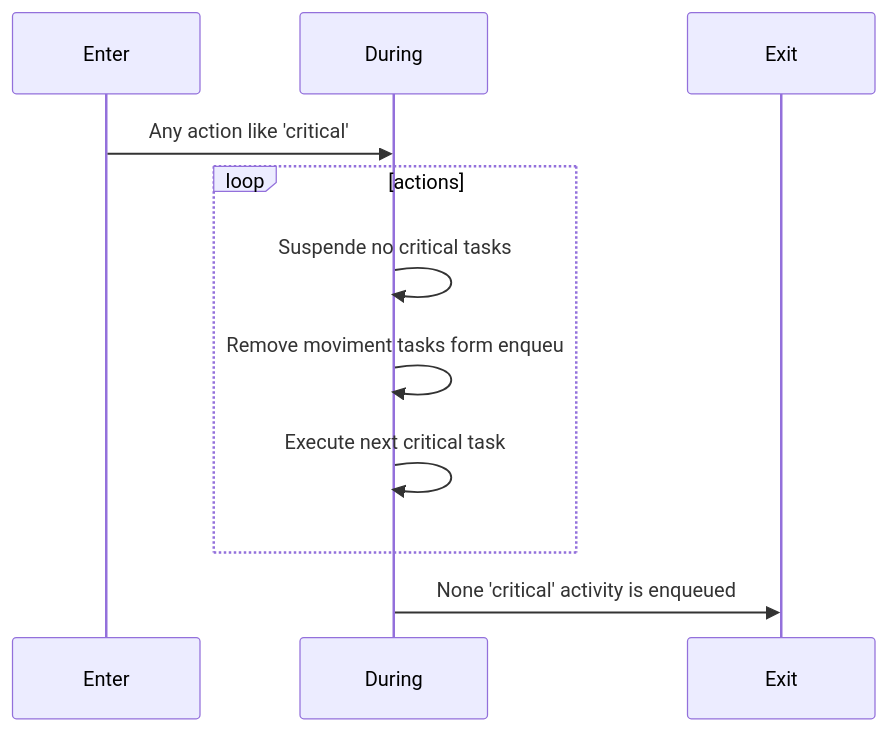
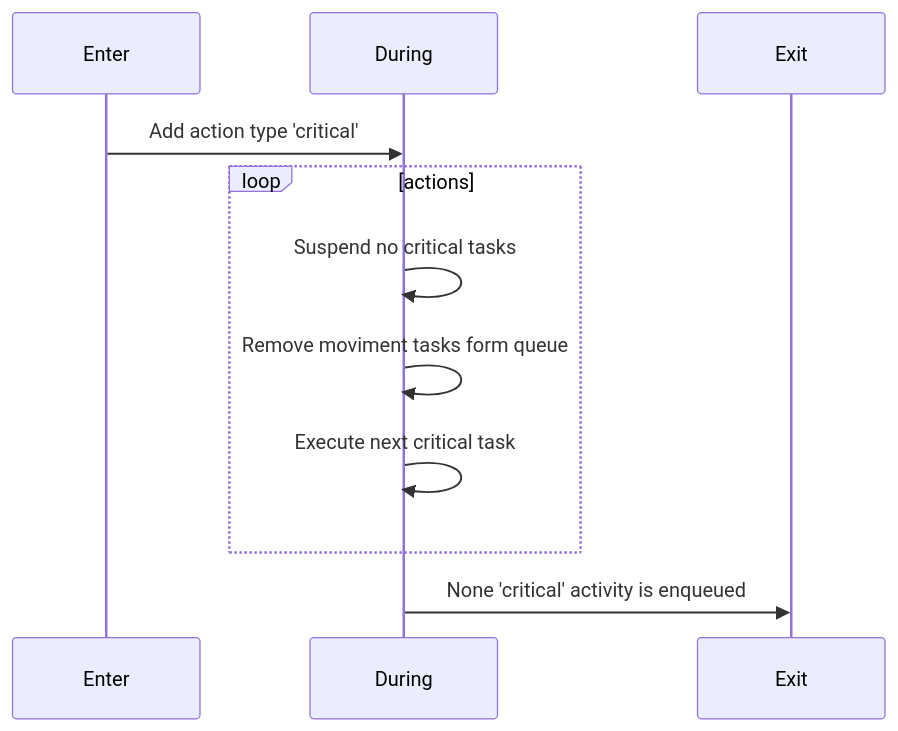
The second of 3 diagrams in mkdocs/docs/programming/brain/cortex.md (glaucomunsberg/robot-ia), drawn with Mermaid before and after one commit. The commit also changed other lines of this file and 4 other files, not shown here.

````diff
--- a/mkdocs/docs/programming/brain/cortex.md
+++ b/mkdocs/docs/programming/brain/cortex.md
@@ -73,14 +66,14 @@
 ```mermaid
 sequenceDiagram
     participant Enter
     participant During
     participant Exit
 
-    Enter->>During: Any action like 'critical'
+    Enter->>During: Add action type 'critical'
     loop actions
-        During->>During: Suspende no critical tasks
-        During->>During: Remove moviment tasks form enqueu 
+        During->>During: Suspend no critical tasks
+        During->>During: Remove moviment tasks form queue 
         During->>During: Execute next critical task
     end
     During->>Exit: None 'critical' activity is enqueued
 ```
````
